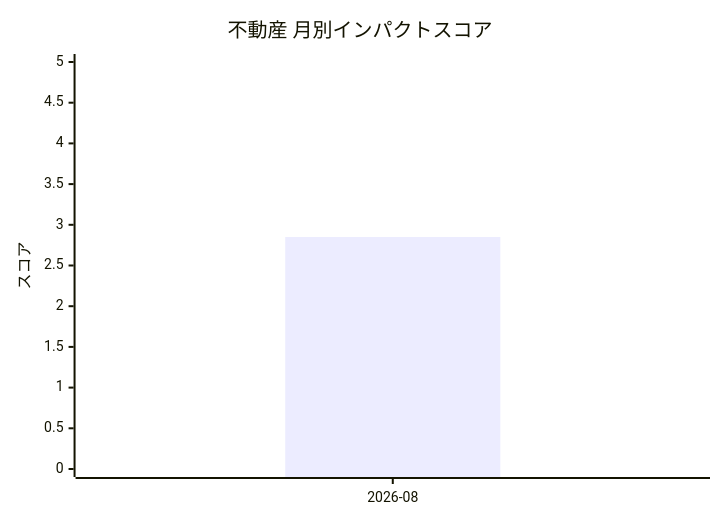
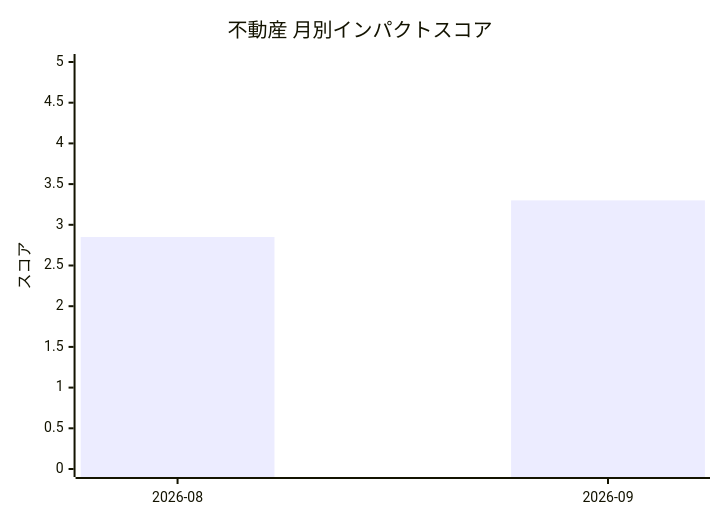
Before and after one commit to devaise-support/ai-research: the diagram in knowledge/industry-impact/real-estate.md, drawn with Mermaid. The commit also changed other lines of this file and 14 other files, not shown here.

````diff
--- a/knowledge/industry-impact/real-estate.md
+++ b/knowledge/industry-impact/real-estate.md
@@ -7,7 +7,7 @@
 ```mermaid
 xychart-beta
   title "不動産 月別インパクトスコア"
-  x-axis [2026-08]
+  x-axis [2026-08, 2026-09]
   y-axis "スコア" 0 --> 5
-  bar [2.85]
+  bar [2.85, 3.3]
 ```
````
